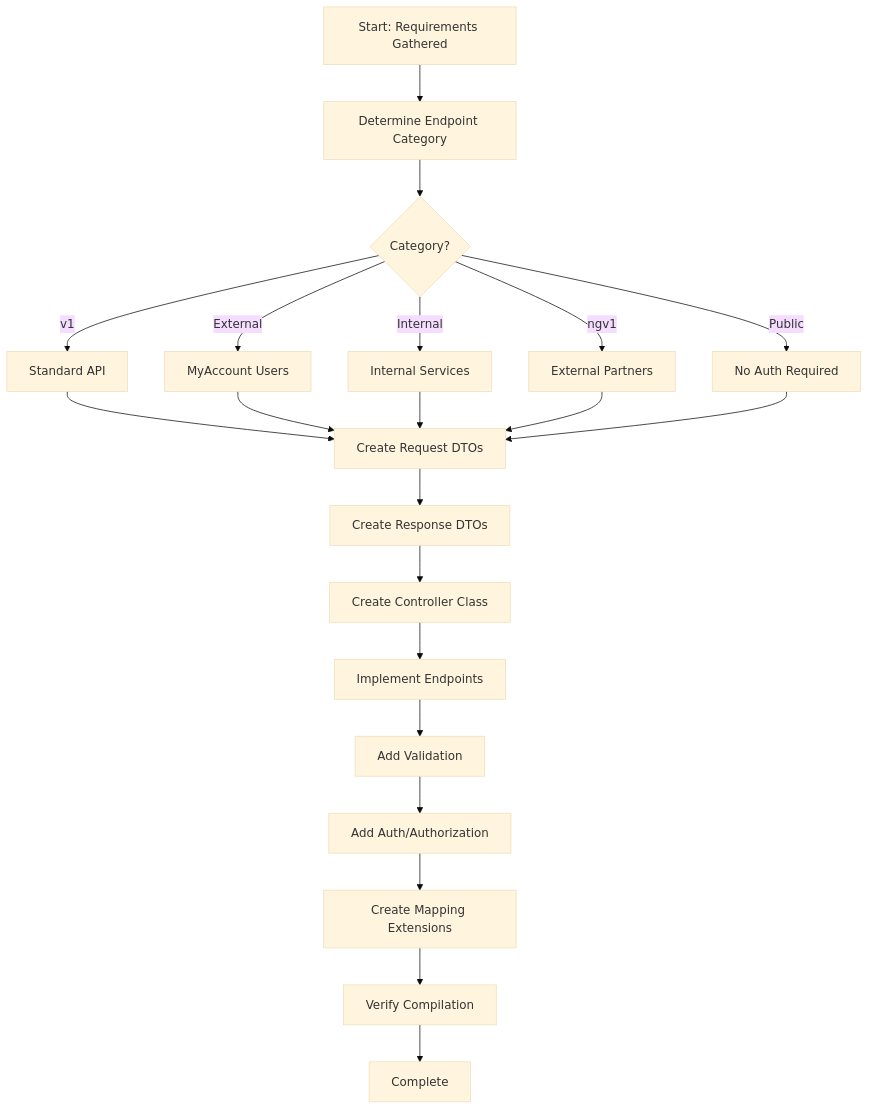
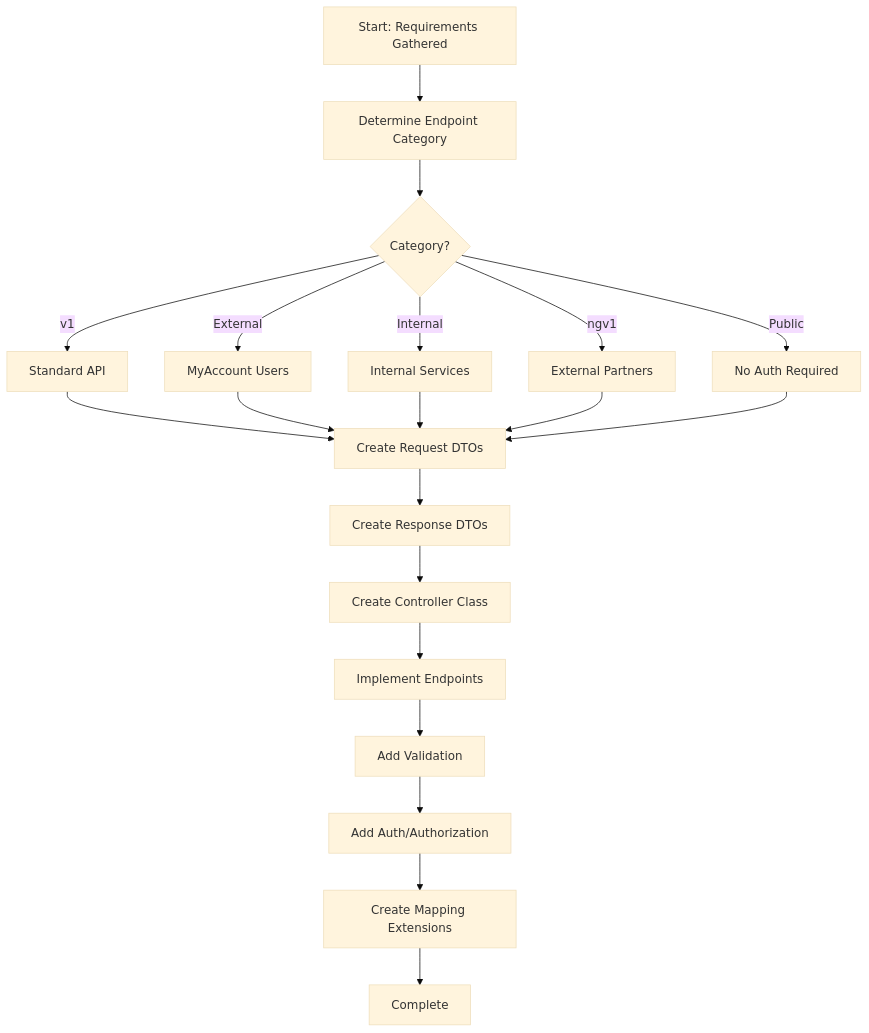
Before and after one commit to HMTools/agentic-processes: the diagram in .processes/steps/api/implement-controller-layer.md, drawn with Mermaid (base theme). The commit also changed other lines of this file and 73 other files, not shown here.

````diff
--- a/.processes/steps/api/implement-controller-layer.md
+++ b/.processes/steps/api/implement-controller-layer.md
@@ -35,25 +62,24 @@
 ```mermaid
 flowchart TD
     A[Start: Requirements Gathered] --> B[Determine Endpoint Category]
     B --> C{Category?}
     C -->|v1| D[Standard API]
     C -->|External| E[MyAccount Users]
     C -->|Internal| F[Internal Services]
     C -->|ngv1| G[External Partners]
     C -->|Public| H[No Auth Required]
     
     D --> I[Create Request DTOs]
     E --> I
     F --> I
     G --> I
     H --> I
     
     I --> J[Create Response DTOs]
     J --> K[Create Controller Class]
     K --> L[Implement Endpoints]
     L --> M[Add Validation]
     M --> N[Add Auth/Authorization]
     N --> O[Create Mapping Extensions]
-    O --> P[Verify Compilation]
-    P --> Q[Complete]
+    O --> P[Complete]
 ```
````
